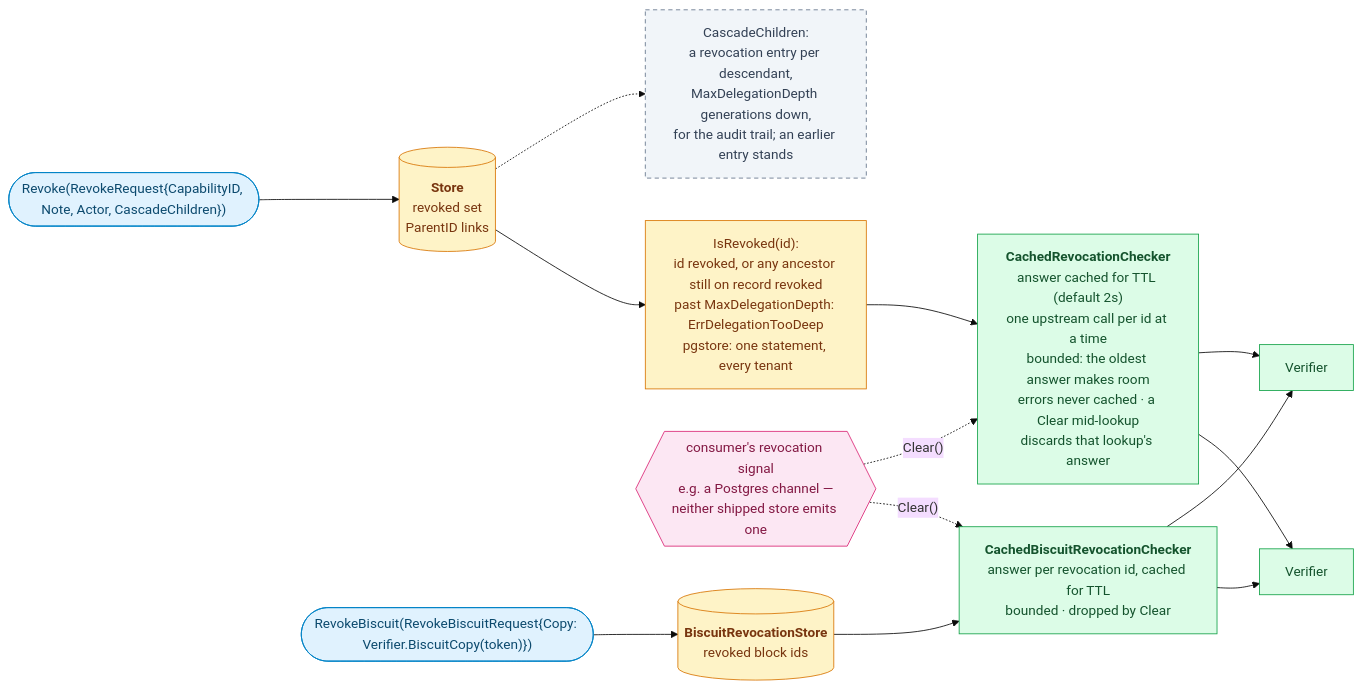
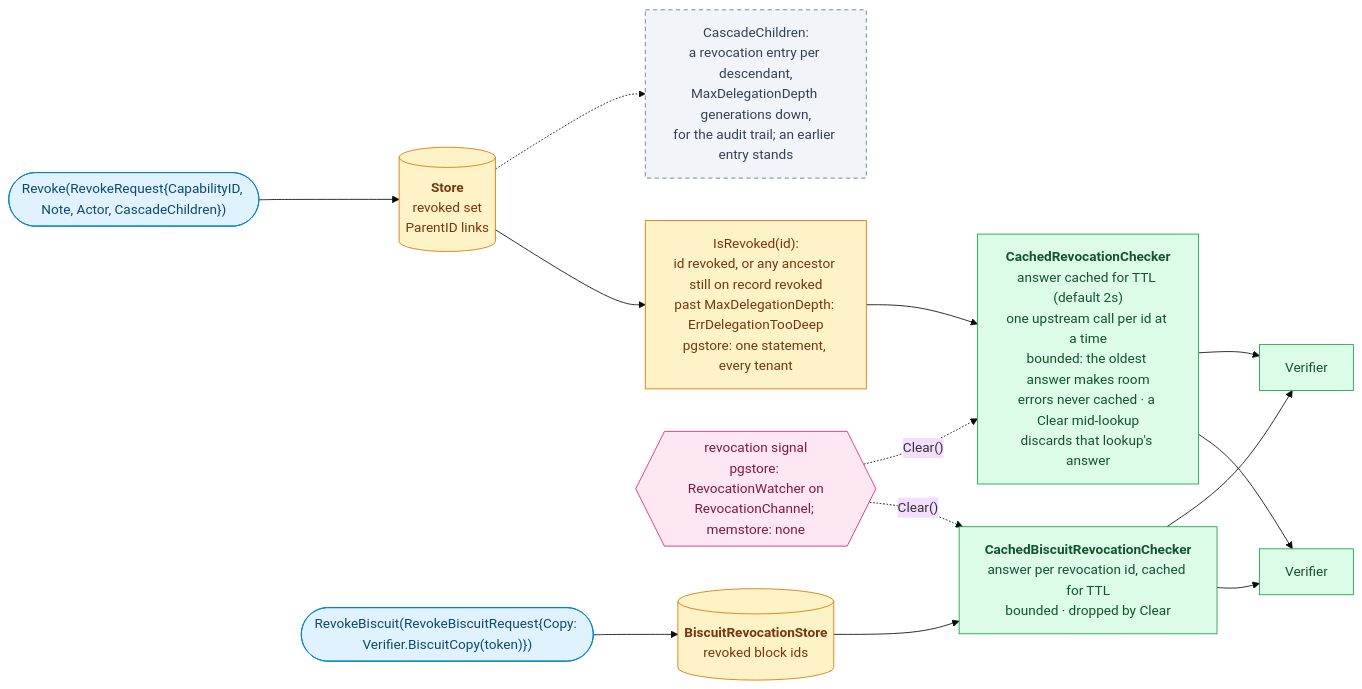
One commit to oleg-tkachuk/limes changed diagram 11 of 11 in docs/diagrams.md. Above: the diagram before and after it, drawn with Mermaid (base theme). The commit also changed other lines of this file and 1 other file, not shown here.

Commit message:
docs: describe the revocation watcher of pgstore

````diff
--- a/docs/diagrams.md
+++ b/docs/diagrams.md
@@ -798,36 +798,36 @@
 ```mermaid
 flowchart LR
     op(["Revoke(RevokeRequest{CapabilityID, Note, Actor, CascadeChildren})"])
     store[("<b>Store</b><br/>revoked set<br/>ParentID links")]
     cascade["CascadeChildren:<br/>a revocation entry per descendant,<br/>MaxDelegationDepth generations down,<br/>for the audit trail; an earlier entry stands"]
     chain["IsRevoked(id):<br/>id revoked, or any ancestor still on record revoked<br/>past MaxDelegationDepth: ErrDelegationTooDeep<br/>pgstore: one statement, every tenant"]
     cache["<b>CachedRevocationChecker</b><br/>answer cached for TTL (default 2s)<br/>one upstream call per id at a time<br/>bounded: the oldest answer makes room<br/>errors never cached · a Clear mid-lookup<br/>discards that lookup's answer"]
-    notify{{"consumer's revocation signal<br/>e.g. a Postgres channel —<br/>neither shipped store emits one"}}
+    notify{{"revocation signal<br/>pgstore: RevocationWatcher on<br/>RevocationChannel; memstore: none"}}
     bop(["RevokeBiscuit(RevokeBiscuitRequest{Copy: Verifier.BiscuitCopy(token)})"])
     blist[("<b>BiscuitRevocationStore</b><br/>revoked block ids")]
     bcache["<b>CachedBiscuitRevocationChecker</b><br/>answer per revocation id, cached for TTL<br/>bounded · dropped by Clear"]
     v1["Verifier"]
     v2["Verifier"]
 
     op --> store
     store -.-> cascade
     store --> chain --> cache
     cache --> v1
     cache --> v2
     notify -. "Clear()" .-> cache
     bop --> blist --> bcache
     bcache --> v1
     bcache --> v2
     notify -. "Clear()" .-> bcache
 
     classDef client fill:#E0F2FE,stroke:#0284C7,color:#0C4A6E
     classDef role fill:#DCFCE7,stroke:#16A34A,color:#14532D
     classDef optional fill:#F1F5F9,stroke:#64748B,color:#334155,stroke-dasharray:5 4
     classDef store fill:#FEF3C7,stroke:#D97706,color:#78350F
     classDef external fill:#FCE7F3,stroke:#DB2777,color:#831843
     class op,bop client
     class v1,v2,cache,bcache role
     class cascade optional
     class store,chain,blist store
     class notify external
 ```
````
